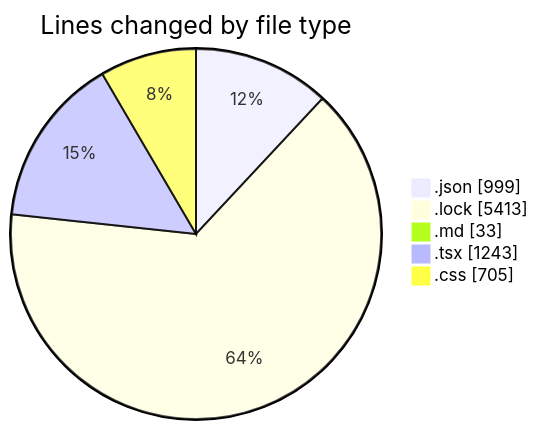
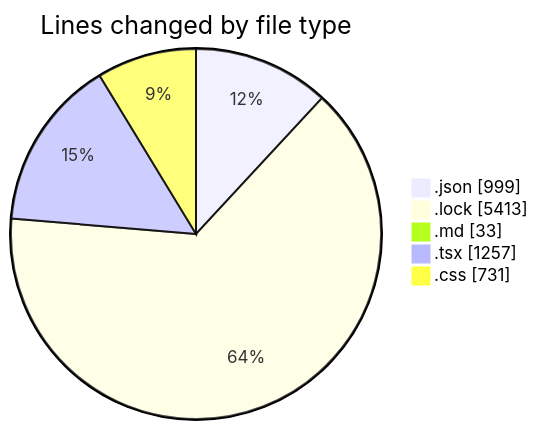
One commit to EIIisD/code-tracking changed the first of 2 diagrams in 2025-08-11/ribbon/README.md. Above: the diagram before and after it, drawn with Mermaid. The commit also changed other lines of this file and 1 other file, not shown here.

````diff
--- a/2025-08-11/ribbon/README.md
+++ b/2025-08-11/ribbon/README.md
@@ -40,9 +40,9 @@
 ```mermaid
 pie showData
 title Lines changed by file type
 ".json" : 999
 ".lock" : 5413
 ".md" : 33
-".tsx" : 1243
-".css" : 705
+".tsx" : 1257
+".css" : 731
 ```
````
